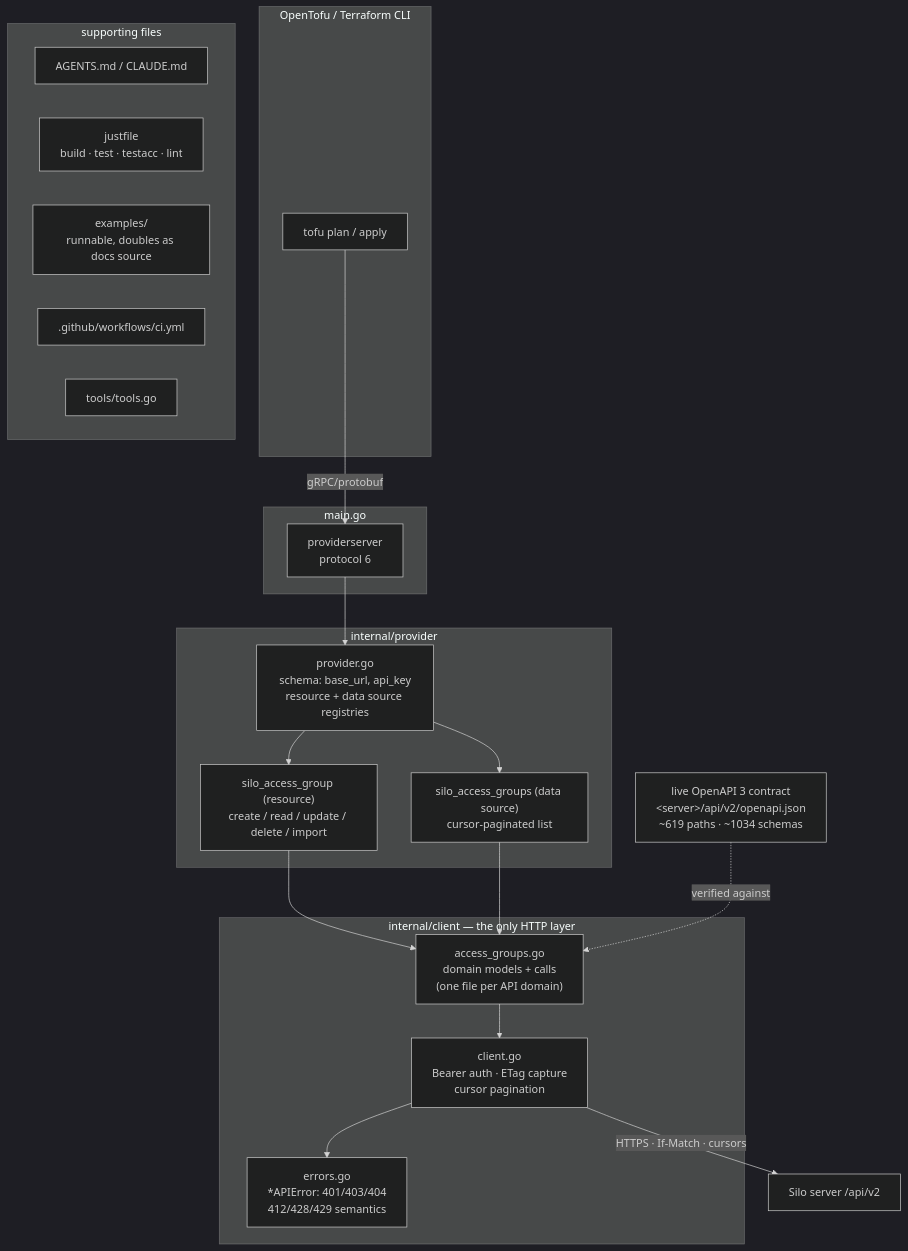
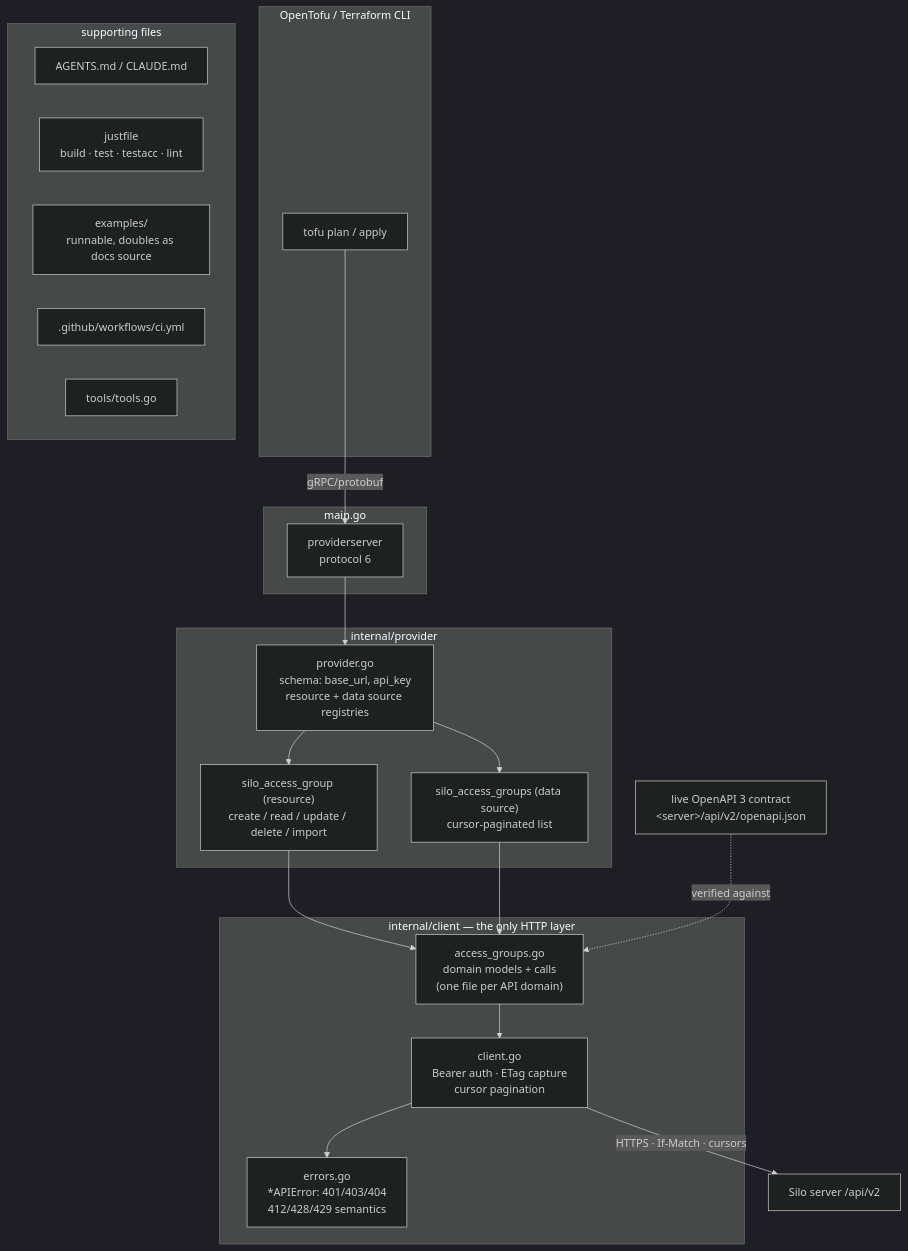
Before and after one commit to barolinecrewer/silo-server-tofu: the diagram in README.md, drawn with Mermaid (dark theme). The commit also changed other lines of this file and 8 other files, not shown here.

````diff
--- a/README.md
+++ b/README.md
@@ -70,45 +70,45 @@
 ```mermaid
 graph TD
     subgraph CLI["OpenTofu / Terraform CLI"]
         tofu["tofu plan / apply"]
     end
 
     subgraph Entry["main.go"]
         serve["providerserver<br/>protocol 6"]
     end
 
     subgraph ProviderPkg["internal/provider"]
         prov["provider.go<br/>schema: base_url, api_key<br/>resource + data source registries"]
         res["silo_access_group (resource)<br/>create / read / update / delete / import"]
         ds["silo_access_groups (data source)<br/>cursor-paginated list"]
     end
 
     subgraph ClientPkg["internal/client — the only HTTP layer"]
         core["client.go<br/>Bearer auth · ETag capture<br/>cursor pagination"]
         errs["errors.go<br/>*APIError: 401/403/404<br/>412/428/429 semantics"]
         models["access_groups.go<br/>domain models + calls<br/>(one file per API domain)"]
     end
 
-    contract["live OpenAPI 3 contract<br/>&lt;server&gt;/api/v2/openapi.json<br/>~619 paths · ~1034 schemas"]
+    contract["live OpenAPI 3 contract<br/>&lt;server&gt;/api/v2/openapi.json"]
 
     API["Silo server /api/v2"]
 
     tofu -- gRPC/protobuf --> serve
     serve --> prov
     prov --> res
     prov --> ds
     res --> models
     ds --> models
     models --> core
     core --> errs
     core -- "HTTPS · If-Match · cursors" --> API
     contract -.->|verified against| models
 
     subgraph Support["supporting files"]
         agents["AGENTS.md / CLAUDE.md"]
         just["justfile<br/>build · test · testacc · lint"]
         examples["examples/<br/>runnable, doubles as docs source"]
         ci[".github/workflows/ci.yml"]
         tools["tools/tools.go"]
     end
 ```
````
